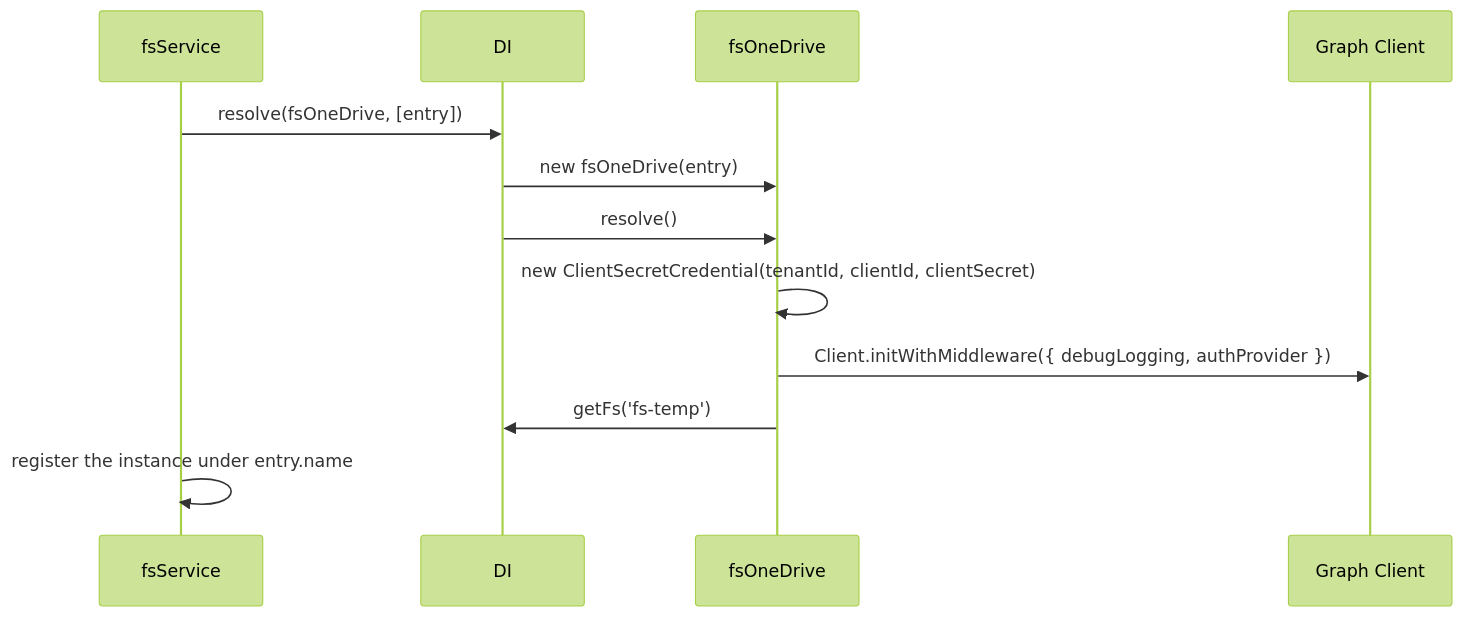
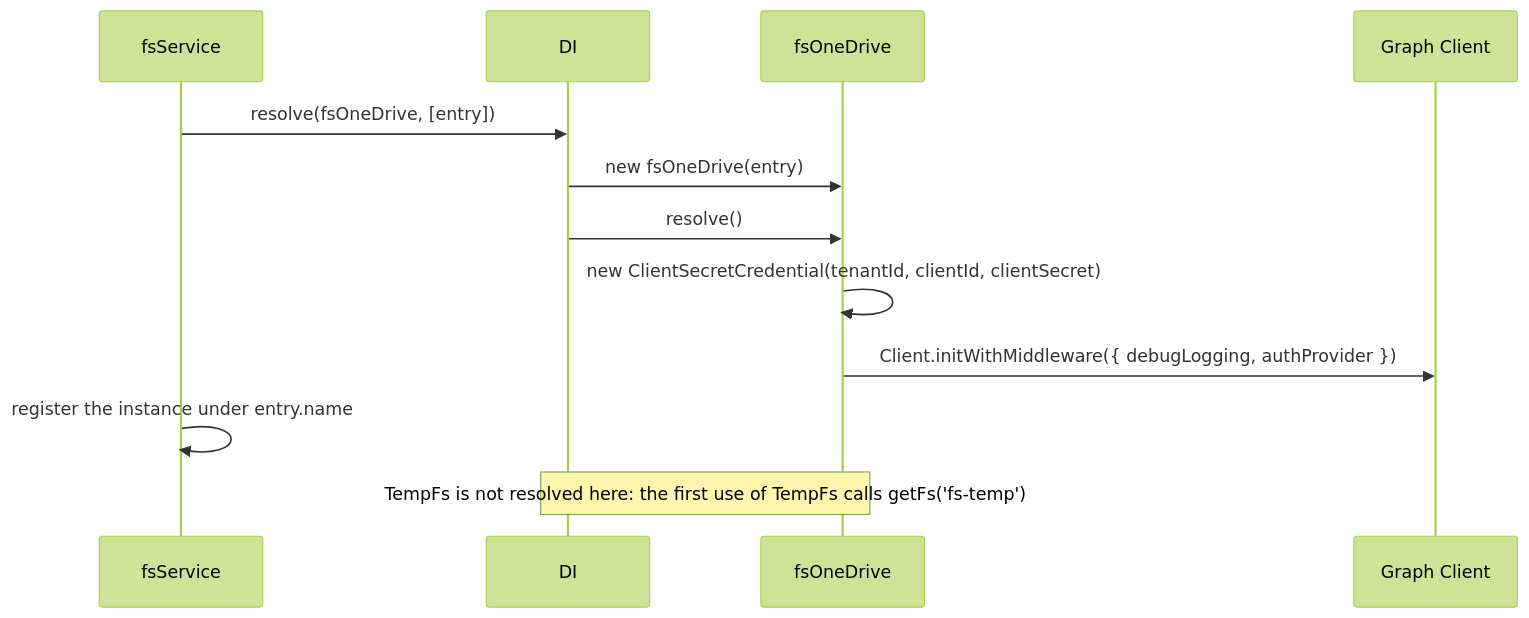
Before and after one commit to spinajs/main: the diagram in docs/fs-onedrive/01-onedrive-provider.md, drawn with Mermaid (forest theme). The commit also changed 8 other files, not shown here.

````diff
--- a/docs/fs-onedrive/01-onedrive-provider.md
+++ b/docs/fs-onedrive/01-onedrive-provider.md
@@ -26,14 +26,14 @@
 ```mermaid
 sequenceDiagram
   participant S as fsService
   participant DI
   participant O as fsOneDrive
   participant G as Graph Client
   S->>DI: resolve(fsOneDrive, [entry])
   DI->>O: new fsOneDrive(entry)
   DI->>O: resolve()
   O->>O: new ClientSecretCredential(tenantId, clientId, clientSecret)
   O->>G: Client.initWithMiddleware({ debugLogging, authProvider })
-  O->>DI: getFs('fs-temp')
   S->>S: register the instance under entry.name
+  Note over O,DI: TempFs is not resolved here: the first use of TempFs calls getFs('fs-temp')
 ```
````
